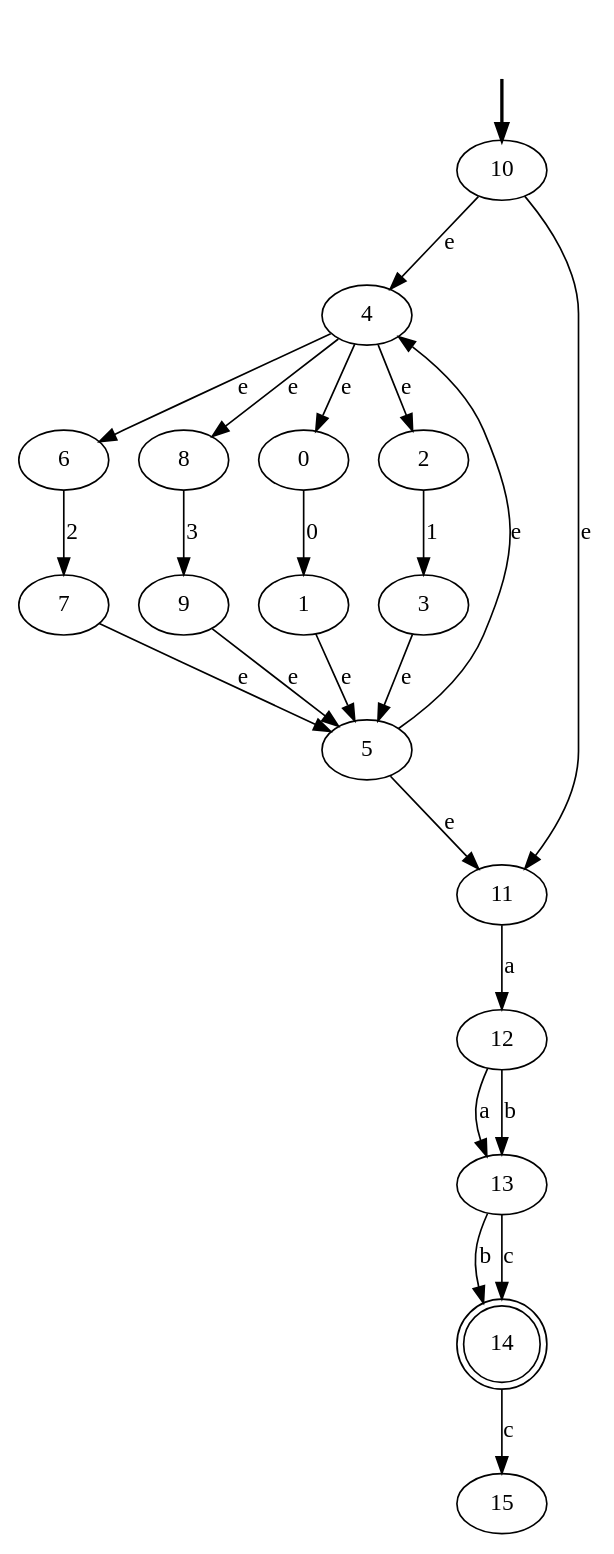
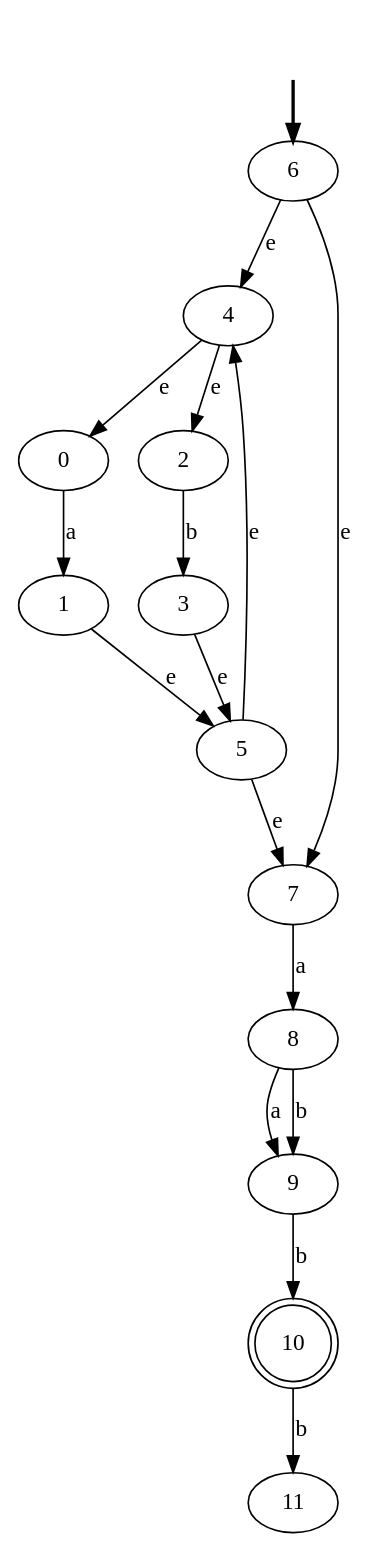
One commit to maupeon/Compiladores changed the diagram in Tarea 1/output_NFA.dot. Above: the diagram before and after it, drawn with Graphviz. The commit also changed 8 other files, not shown here.

```diff
--- a/Tarea 1/output_NFA.dot
+++ b/Tarea 1/output_NFA.dot
@@ -1,41 +1,30 @@
 digraph {
 	fake0 [style=invisible]
+	0
+	9
 	3
+	8
+	1
+	6 [root=true]
+	2
+	10 [shape=doublecircle]
 	4
-	13
-	14 [shape=doublecircle]
-	6
 	5
-	1
-	8
-	12
-	11
-	0
 	7
-	9
-	2
-	10 [root=true]
-	fake0 -> 10 [style=bold]
-	0 -> 1 [label=0]
-	2 -> 3 [label=1]
+	fake0 -> 6 [style=bold]
+	0 -> 1 [label=a]
+	2 -> 3 [label=b]
 	4 -> 0 [label=e]
-	4 -> 6 [label=e]
-	4 -> 8 [label=e]
 	4 -> 2 [label=e]
 	1 -> 5 [label=e]
 	3 -> 5 [label=e]
-	6 -> 7 [label=2]
-	7 -> 5 [label=e]
-	8 -> 9 [label=3]
-	9 -> 5 [label=e]
-	10 -> 4 [label=e]
-	10 -> 11 [label=e]
+	6 -> 4 [label=e]
+	6 -> 7 [label=e]
 	5 -> 4 [label=e]
-	5 -> 11 [label=e]
-	12 -> 13 [label=a]
-	11 -> 12 [label=a]
-	13 -> 14 [label=b]
-	12 -> 13 [label=b]
-	14 -> 15 [label=c]
-	13 -> 14 [label=c]
+	5 -> 7 [label=e]
+	8 -> 9 [label=a]
+	7 -> 8 [label=a]
+	9 -> 10 [label=b]
+	8 -> 9 [label=b]
+	10 -> 11 [label=b]
 }
```
